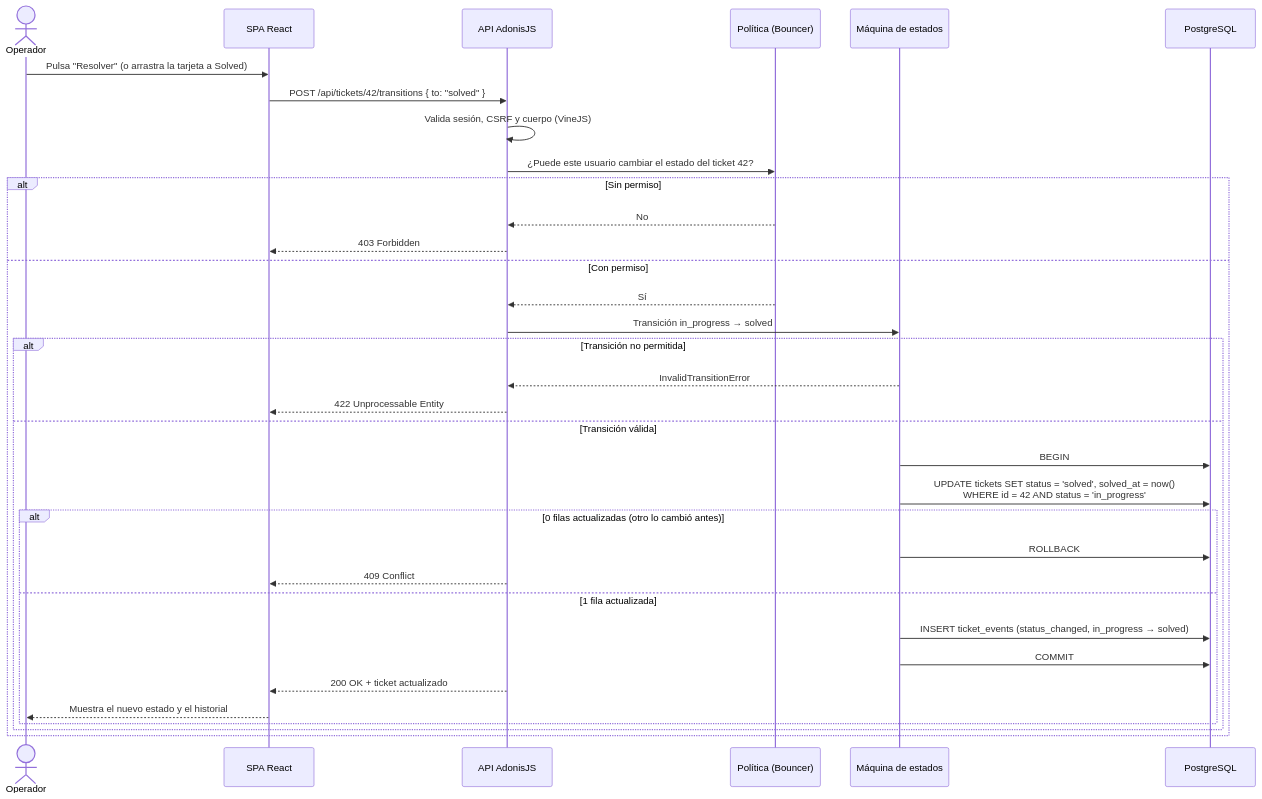
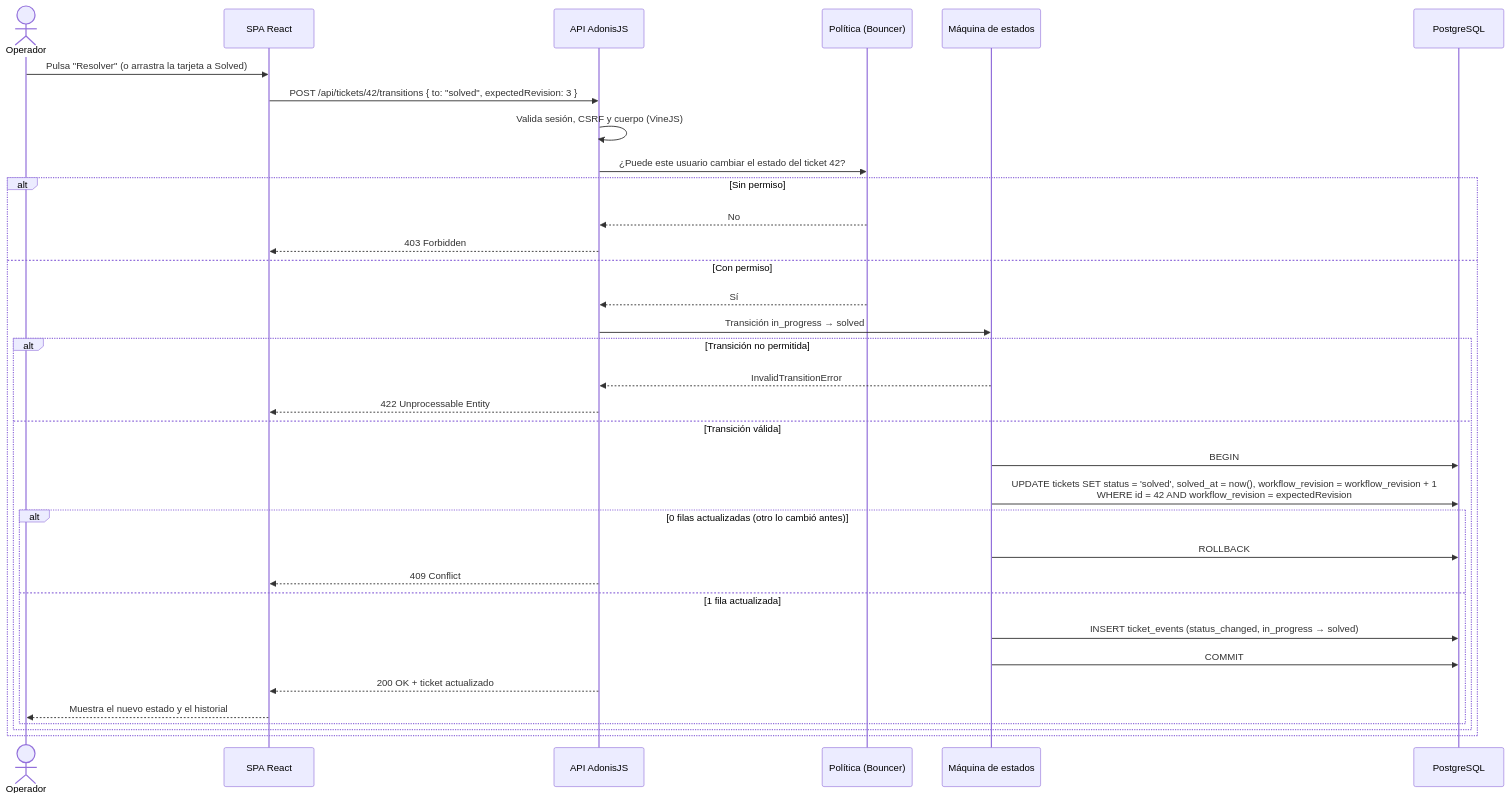
One commit to pedrolaralara/AI4Devs-finalproject changed the eighth of 11 diagrams in ARQUITECTURA.md. Above: the diagram before and after it, drawn with Mermaid. The commit also changed 7 other files, not shown here.

````diff
--- a/ARQUITECTURA.md
+++ b/ARQUITECTURA.md
@@ -320,37 +320,37 @@
 ```mermaid
 sequenceDiagram
     actor Op as Operador
     participant SPA as SPA React
     participant API as API AdonisJS
     participant Pol as Política (Bouncer)
     participant SM as Máquina de estados
     participant DB as PostgreSQL
 
     Op->>SPA: Pulsa "Resolver" (o arrastra la tarjeta a Solved)
-    SPA->>API: POST /api/tickets/42/transitions { to: "solved" }
+    SPA->>API: POST /api/tickets/42/transitions { to: "solved", expectedRevision: 3 }
     API->>API: Valida sesión, CSRF y cuerpo (VineJS)
     API->>Pol: ¿Puede este usuario cambiar el estado del ticket 42?
     alt Sin permiso
         Pol-->>API: No
         API-->>SPA: 403 Forbidden
     else Con permiso
         Pol-->>API: Sí
         API->>SM: Transición in_progress → solved
         alt Transición no permitida
             SM-->>API: InvalidTransitionError
             API-->>SPA: 422 Unprocessable Entity
         else Transición válida
             SM->>DB: BEGIN
-            SM->>DB: UPDATE tickets SET status = 'solved', solved_at = now()<br/>WHERE id = 42 AND status = 'in_progress'
+            SM->>DB: UPDATE tickets SET status = 'solved', solved_at = now(), workflow_revision = workflow_revision + 1<br/>WHERE id = 42 AND workflow_revision = expectedRevision
             alt 0 filas actualizadas (otro lo cambió antes)
                 SM->>DB: ROLLBACK
                 API-->>SPA: 409 Conflict
             else 1 fila actualizada
                 SM->>DB: INSERT ticket_events (status_changed, in_progress → solved)
                 SM->>DB: COMMIT
                 API-->>SPA: 200 OK + ticket actualizado
                 SPA-->>Op: Muestra el nuevo estado y el historial
             end
         end
     end
 ```
````
